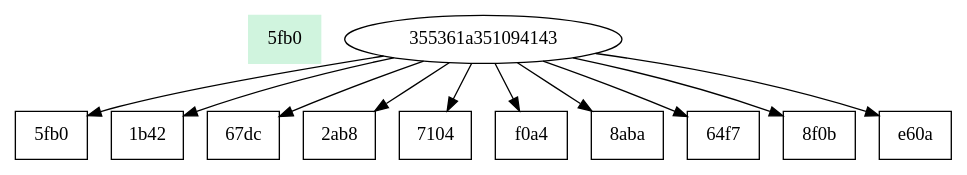
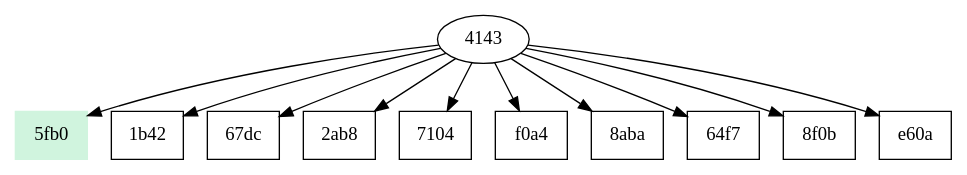
The diagram in DataAnalysis/also_likes_graph.dot (Suhail270/IPL-Data-Analysis), drawn with Graphviz before and after one commit. The commit also changed 2 other files, not shown here.

```diff
--- a/DataAnalysis/also_likes_graph.dot
+++ b/DataAnalysis/also_likes_graph.dot
@@ -1,33 +1,32 @@
 digraph {
-	document [label="5fb0" color="#d0f4de" shape=box style=filled]
-	"140228202800-6ef39a241f35301a9a42cd0ed21e5fb0" [label="5fb0" shape=box]
-	"355361a351094143"
+	"140228202800-6ef39a241f35301a9a42cd0ed21e5fb0" [label="5fb0" color="#d0f4de" shape=box style=filled]
+	"355361a351094143" [label=4143]
 	"355361a351094143" -> "140228202800-6ef39a241f35301a9a42cd0ed21e5fb0"
 	"130313161023-ee03f65a89c7406fa097abe281341b42" [label="1b42" shape=box]
-	"355361a351094143"
+	"355361a351094143" [label=4143]
 	"355361a351094143" -> "130313161023-ee03f65a89c7406fa097abe281341b42"
 	"110502184016-ccbb50beb0274c4da7319aa0262267dc" [label="67dc" shape=box]
-	"355361a351094143"
+	"355361a351094143" [label=4143]
 	"355361a351094143" -> "110502184016-ccbb50beb0274c4da7319aa0262267dc"
 	"130726171426-7e867e41ac7ebc63ffdce78d7cbb2ab8" [label="2ab8" shape=box]
-	"355361a351094143"
+	"355361a351094143" [label=4143]
 	"355361a351094143" -> "130726171426-7e867e41ac7ebc63ffdce78d7cbb2ab8"
 	"140205044924-2247ec45ff6b3db926655b3ea4387104" [label=7104 shape=box]
-	"355361a351094143"
+	"355361a351094143" [label=4143]
 	"355361a351094143" -> "140205044924-2247ec45ff6b3db926655b3ea4387104"
 	"131213193513-2a5226f4575757b9a3c561372efff0a4" [label=f0a4 shape=box]
-	"355361a351094143"
+	"355361a351094143" [label=4143]
 	"355361a351094143" -> "131213193513-2a5226f4575757b9a3c561372efff0a4"
 	"140211200022-50fcb6484ec1ebceb43e4389c56c8aba" [label="8aba" shape=box]
-	"355361a351094143"
+	"355361a351094143" [label=4143]
 	"355361a351094143" -> "140211200022-50fcb6484ec1ebceb43e4389c56c8aba"
 	"130422174258-91963782b1ca4fef8f233c09fdce64f7" [label="64f7" shape=box]
-	"355361a351094143"
+	"355361a351094143" [label=4143]
 	"355361a351094143" -> "130422174258-91963782b1ca4fef8f233c09fdce64f7"
 	"140127215211-92b224f1bce2836bf304cd8957f58f0b" [label="8f0b" shape=box]
-	"355361a351094143"
+	"355361a351094143" [label=4143]
 	"355361a351094143" -> "140127215211-92b224f1bce2836bf304cd8957f58f0b"
 	"140131002859-c8d734d0ead31b8f4fa27e361544e60a" [label=e60a shape=box]
-	"355361a351094143"
+	"355361a351094143" [label=4143]
 	"355361a351094143" -> "140131002859-c8d734d0ead31b8f4fa27e361544e60a"
 }
```
